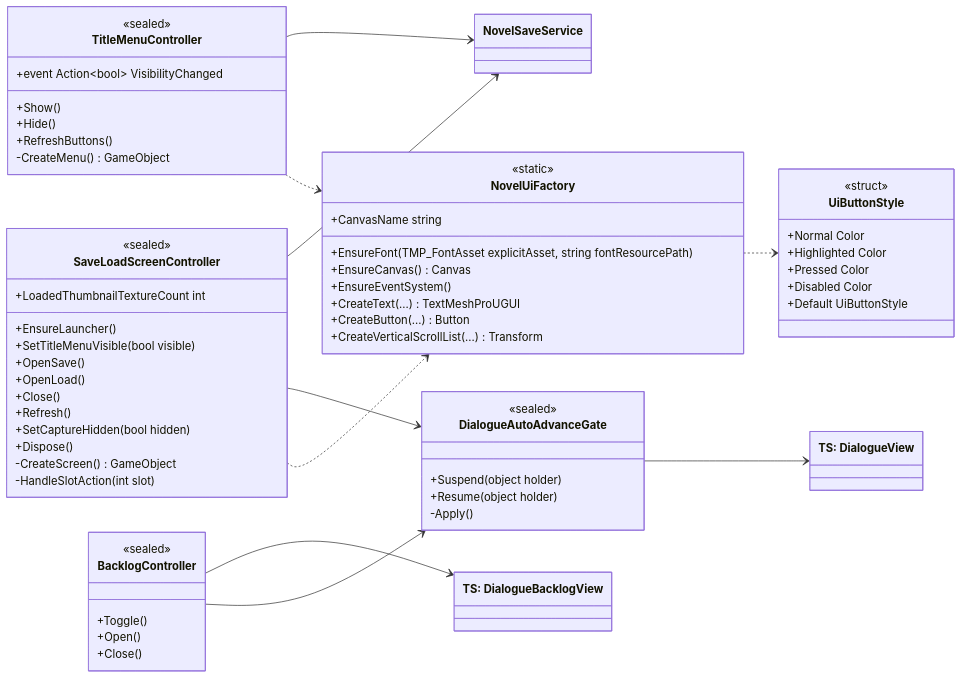
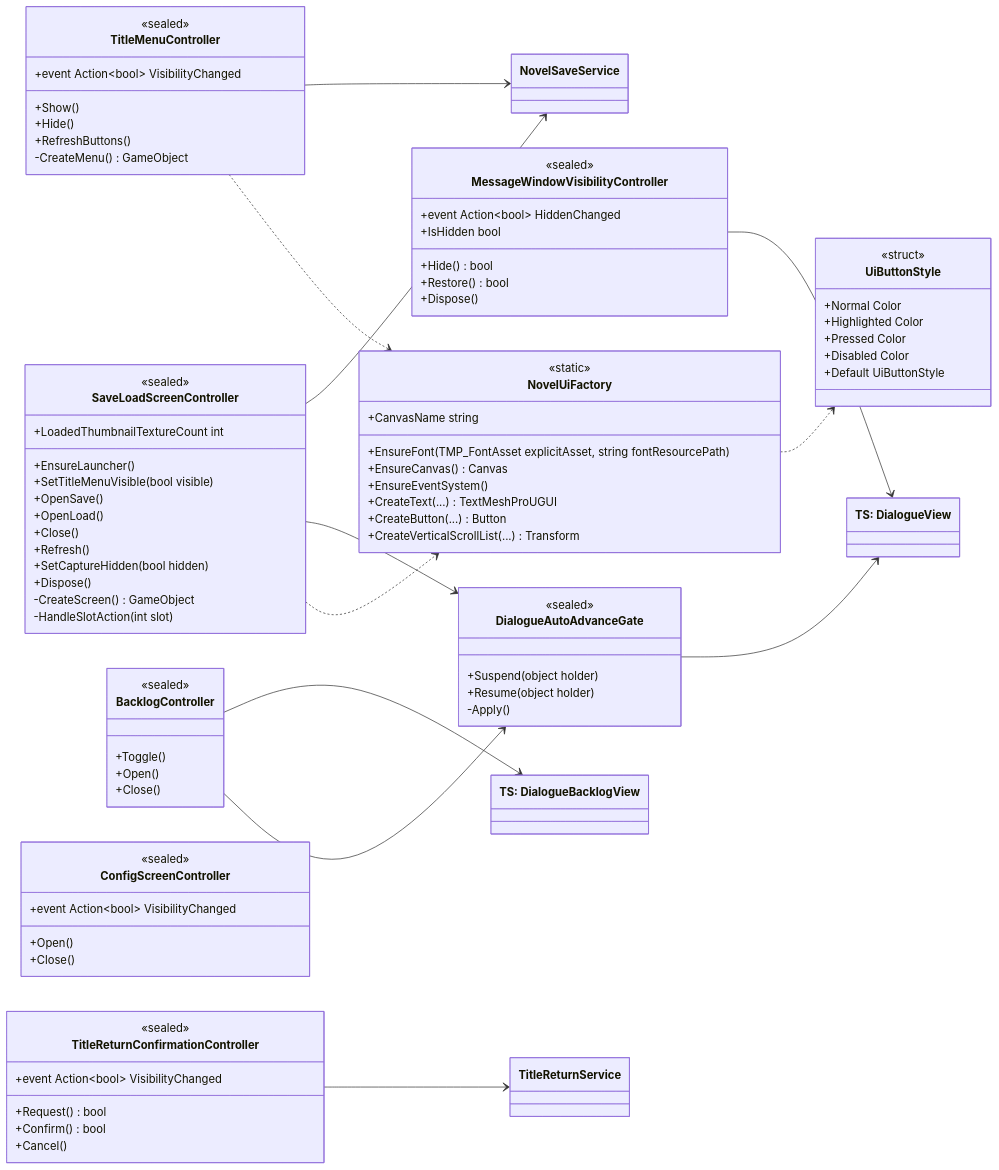
The fifth of 5 diagrams in docs/architecture/class-diagram.ja.md (kkmia417/WhiteRoom), drawn with Mermaid before and after one commit. The commit also changed other lines of this file and 17 other files, not shown here.

```diff
--- a/docs/architecture/class-diagram.ja.md
+++ b/docs/architecture/class-diagram.ja.md
@@ -361,6 +400,30 @@
         -Apply()
     }
 
+    class ConfigScreenController {
+        <<sealed>>
+        +event Action~bool~ VisibilityChanged
+        +Open()
+        +Close()
+    }
+
+    class MessageWindowVisibilityController {
+        <<sealed>>
+        +event Action~bool~ HiddenChanged
+        +IsHidden bool
+        +Hide() bool
+        +Restore() bool
+        +Dispose()
+    }
+
+    class TitleReturnConfirmationController {
+        <<sealed>>
+        +event Action~bool~ VisibilityChanged
+        +Request() bool
+        +Confirm() bool
+        +Cancel()
+    }
+
     class NovelUiFactory {
         <<static>>
         +CanvasName string
@@ -382,6 +445,7 @@
     }
 
     class NovelSaveService
+    class TitleReturnService
     class DialogueView["TS: DialogueView"]
     class DialogueBacklogView["TS: DialogueBacklogView"]
 
@@ -391,6 +455,8 @@
     BacklogController --> DialogueBacklogView
     BacklogController --> DialogueAutoAdvanceGate
     DialogueAutoAdvanceGate --> DialogueView
+    MessageWindowVisibilityController --> DialogueView
+    TitleReturnConfirmationController --> TitleReturnService
     TitleMenuController ..> NovelUiFactory
     SaveLoadScreenController ..> NovelUiFactory
     NovelUiFactory ..> UiButtonStyle
```
